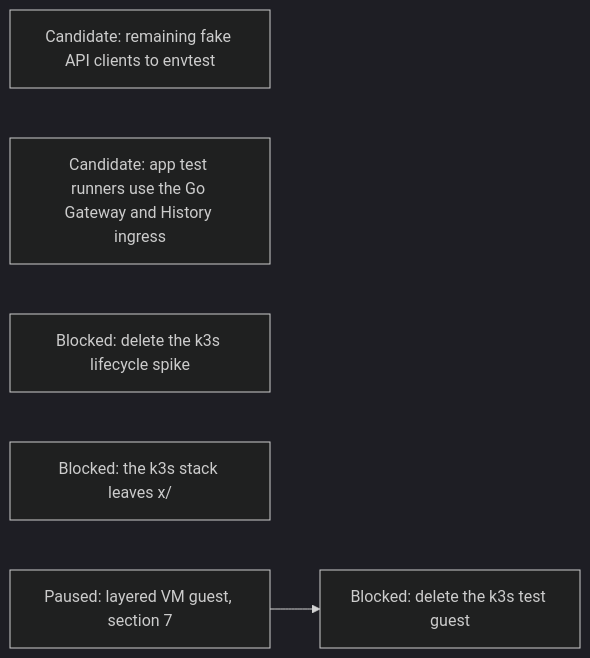
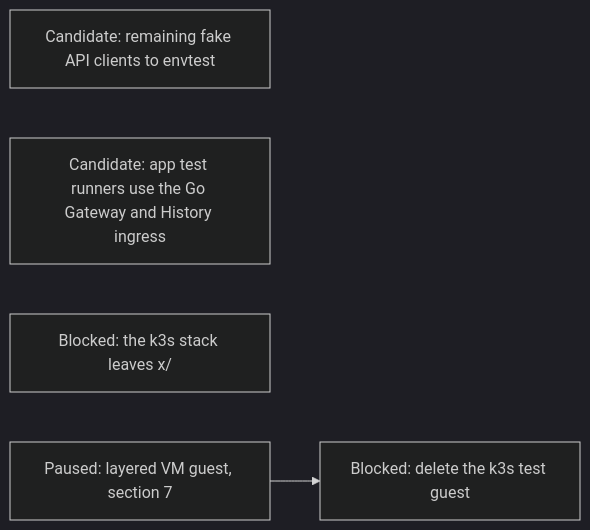
One commit to agentydragon/ducktape changed diagram 19 of 19 in agentplane/plans/task_dag.md. Above: the diagram before and after it, drawn with Mermaid (dark theme). The commit also changed other lines of this file and 29 other files, not shown here.

First line of the commit message:
agentplane/k3s: drop the lifecycle spike and dated measurements

````diff
--- a/agentplane/plans/task_dag.md
+++ b/agentplane/plans/task_dag.md
@@ -1881,8 +1879,7 @@
 ```mermaid
 flowchart LR
     FAKE_CLIENTS_TO_ENVTEST[Candidate: remaining fake API clients to envtest]
     APP_TEST_RUNNER_FIXTURES_GO[Candidate: app test runners use the Go Gateway and History ingress]
-    K3S_SPIKE_TARGETS_RETIRE[Blocked: delete the k3s lifecycle spike]
     K3S_ENV_OUT_OF_X[Blocked: the k3s stack leaves x/]
     RUNNER_LAYERING_VM[Paused: layered VM guest, section 7] --> K3S_TEST_GUEST_RETIRE[Blocked: delete the k3s test guest]
 ```
````
